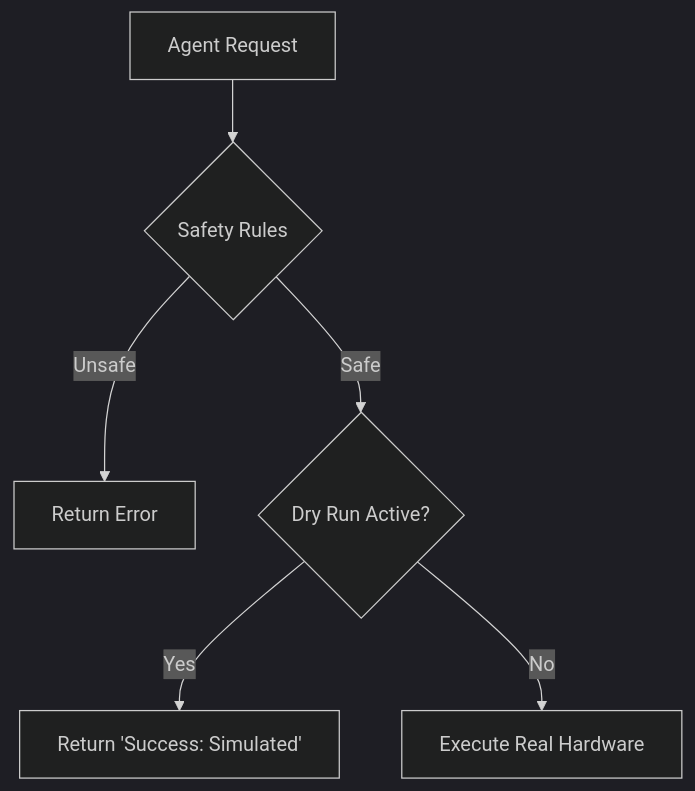
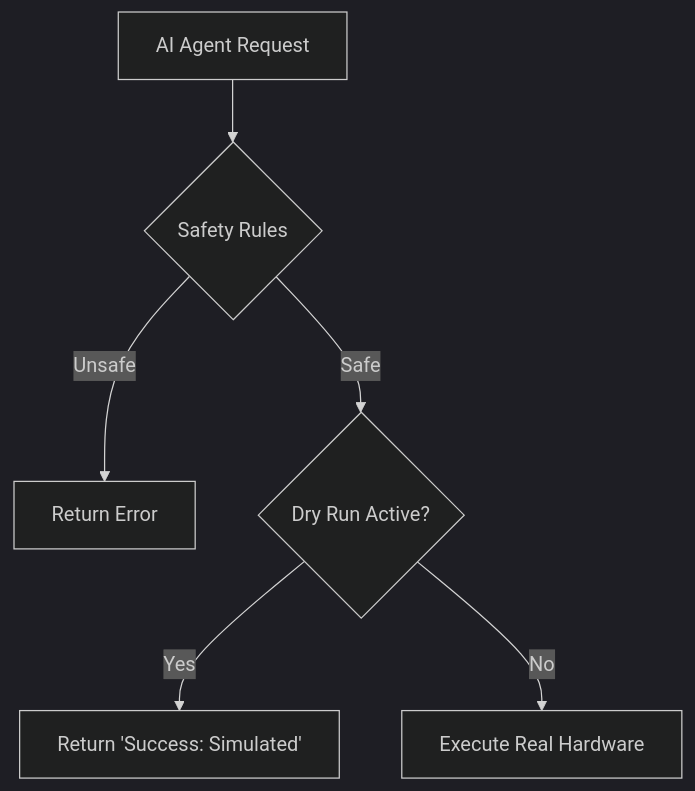
The second of 2 diagrams in README.md (gcl-team/SilverAi), drawn with Mermaid (dark theme) before and after one commit. The commit also changed other lines of this file, not shown here.

````diff
--- a/README.md
+++ b/README.md
@@ -98,8 +97,8 @@
 ```mermaid
 graph TD
-    Start[Agent Request] --> Check{Safety Rules}
+    Start[AI Agent Request] --> Check{Safety Rules}
     Check -- Unsafe --> Fail[Return Error]
     Check -- Safe --> Mode{Dry Run Active?}
     Mode -- Yes --> Dry[Return 'Success: Simulated']
     Mode -- No --> Real[Execute Real Hardware]
 ```
````
